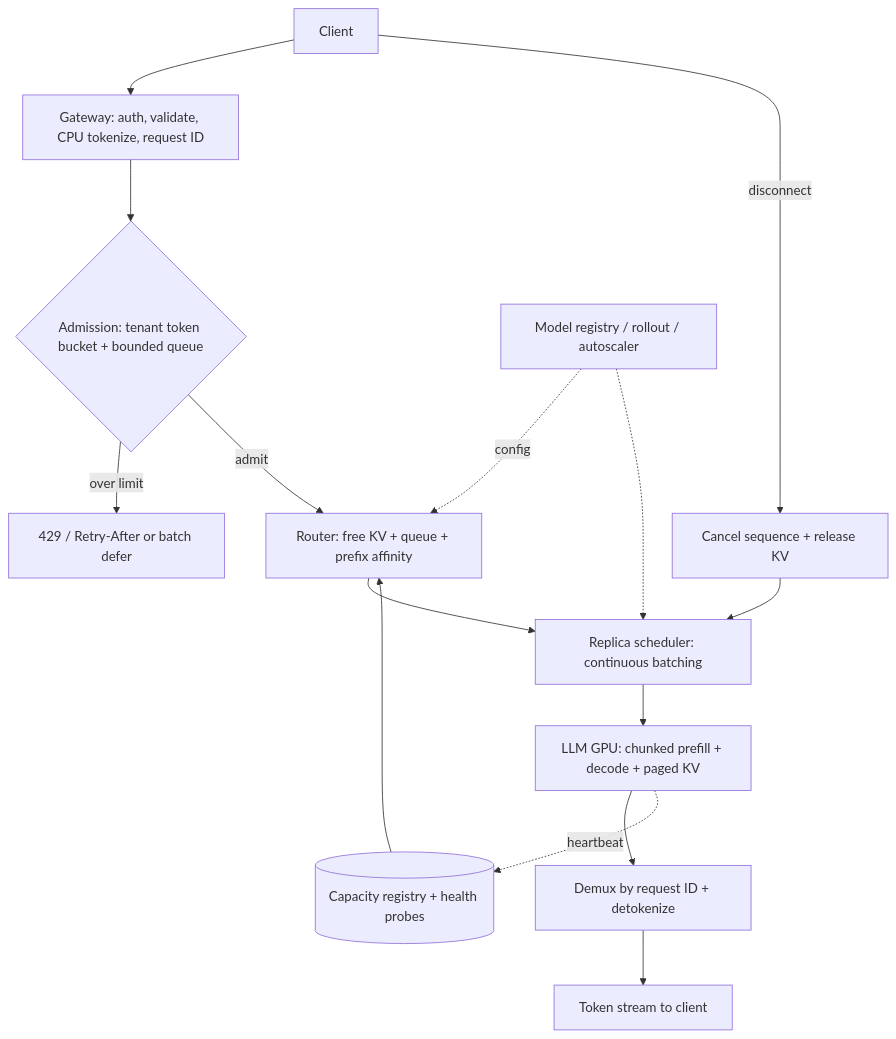
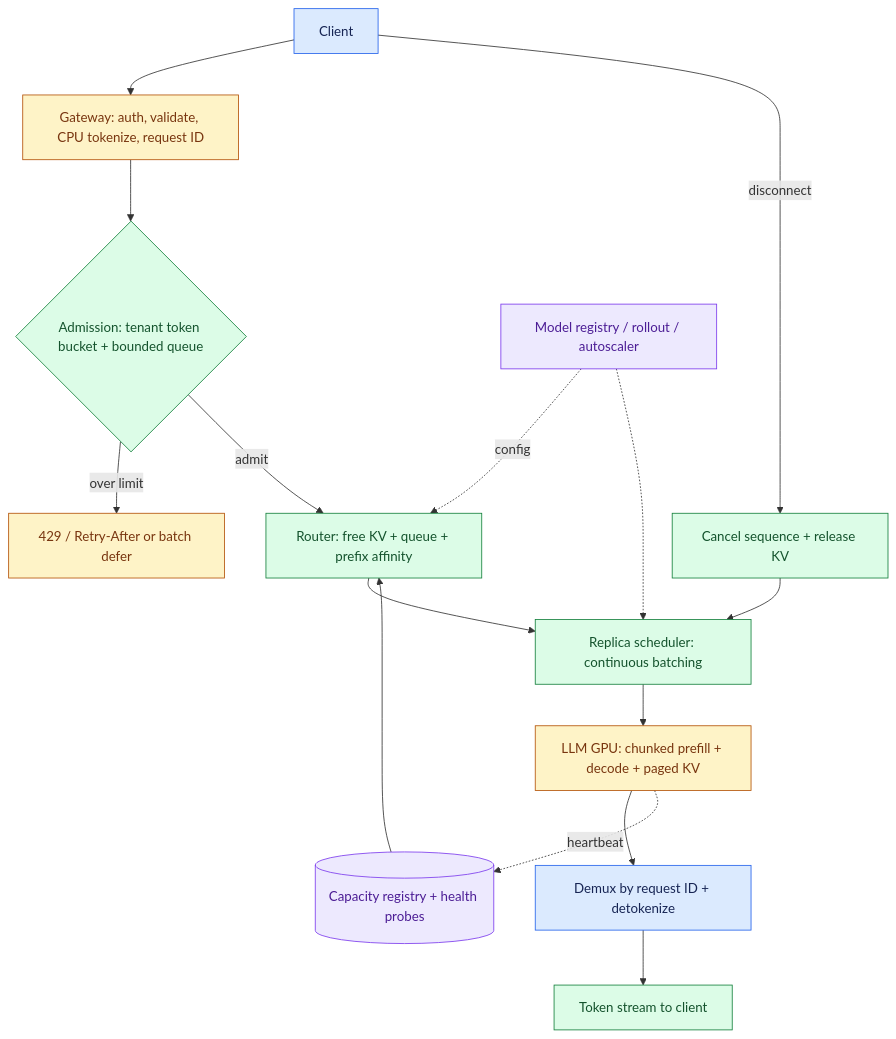
One commit to Sourav692/Forward-Deployed-Engineer-Interview-Prep changed the diagram in site/content/modules/15-fde-case-studies/platforms-and-scale/llm-inference-serving/main.md. Above: the diagram before and after it, drawn with Mermaid. The commit also changed other lines of this file and 1268 other files, not shown here.

First line of the commit message:
content: polish Casebook writing and Mermaid diagrams (#251)

````diff
--- a/site/content/modules/15-fde-case-studies/platforms-and-scale/llm-inference-serving/main.md
+++ b/site/content/modules/15-fde-case-studies/platforms-and-scale/llm-inference-serving/main.md
@@ -63,17 +63,27 @@
 ```mermaid
 flowchart TB
   C[Client] --> G[Gateway: auth, validate, CPU tokenize, request ID]
   G --> A{Admission: tenant token bucket + bounded queue}
   A -->|over limit| X[429 / Retry-After or batch defer]
   A -->|admit| R[Router: free KV + queue + prefix affinity]
   P[(Capacity registry + health probes)] --> R
   R --> S[Replica scheduler: continuous batching]
   S --> L[LLM GPU: chunked prefill + decode + paged KV]
   L --> D[Demux by request ID + detokenize]
   D --> T[Token stream to client]
   C -->|disconnect| K[Cancel sequence + release KV]
   K --> S
   L -. heartbeat .-> P
   H[Model registry / rollout / autoscaler] -. config .-> R
   H -.-> S
+
+    %% Casebook colours: entry, reasoning, results, controls, and stopped paths.
+    classDef cbInput fill:#dbeafe,stroke:#2563eb,color:#172554
+    class C,D cbInput
+    classDef cbPolicy fill:#fef3c7,stroke:#b45309,color:#78350f
+    class G,X,L cbPolicy
+    classDef cbAction fill:#dcfce7,stroke:#15803d,color:#14532d
+    class A,R,S,T,K cbAction
+    classDef cbReason fill:#ede9fe,stroke:#7c3aed,color:#4c1d95
+    class P,H cbReason
 ```
````
